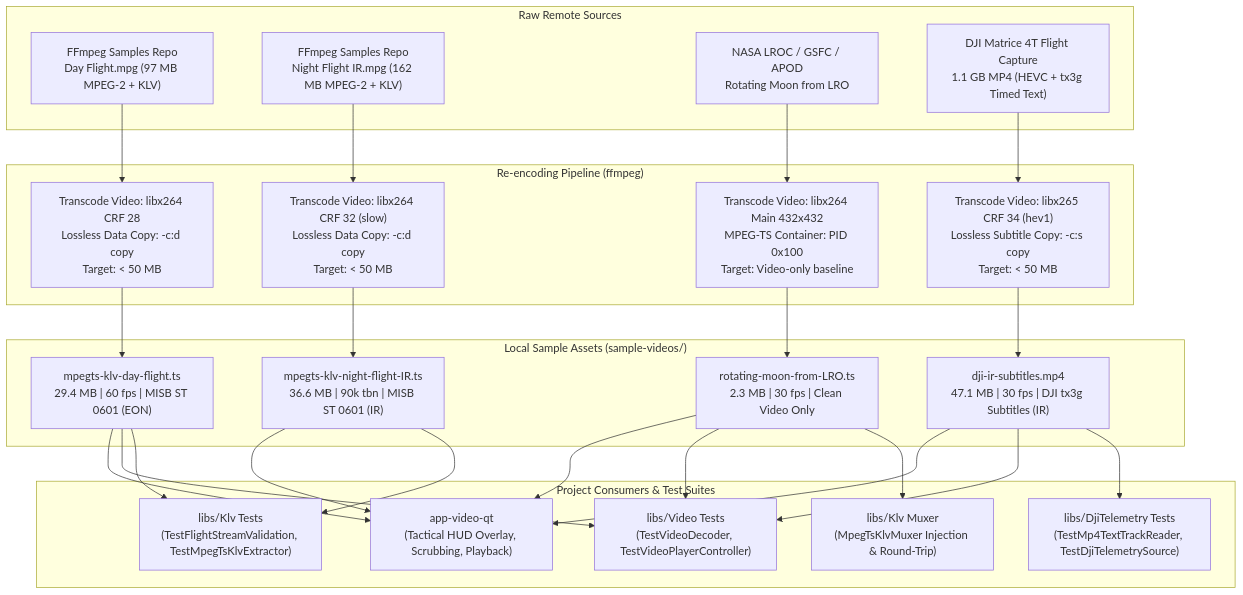
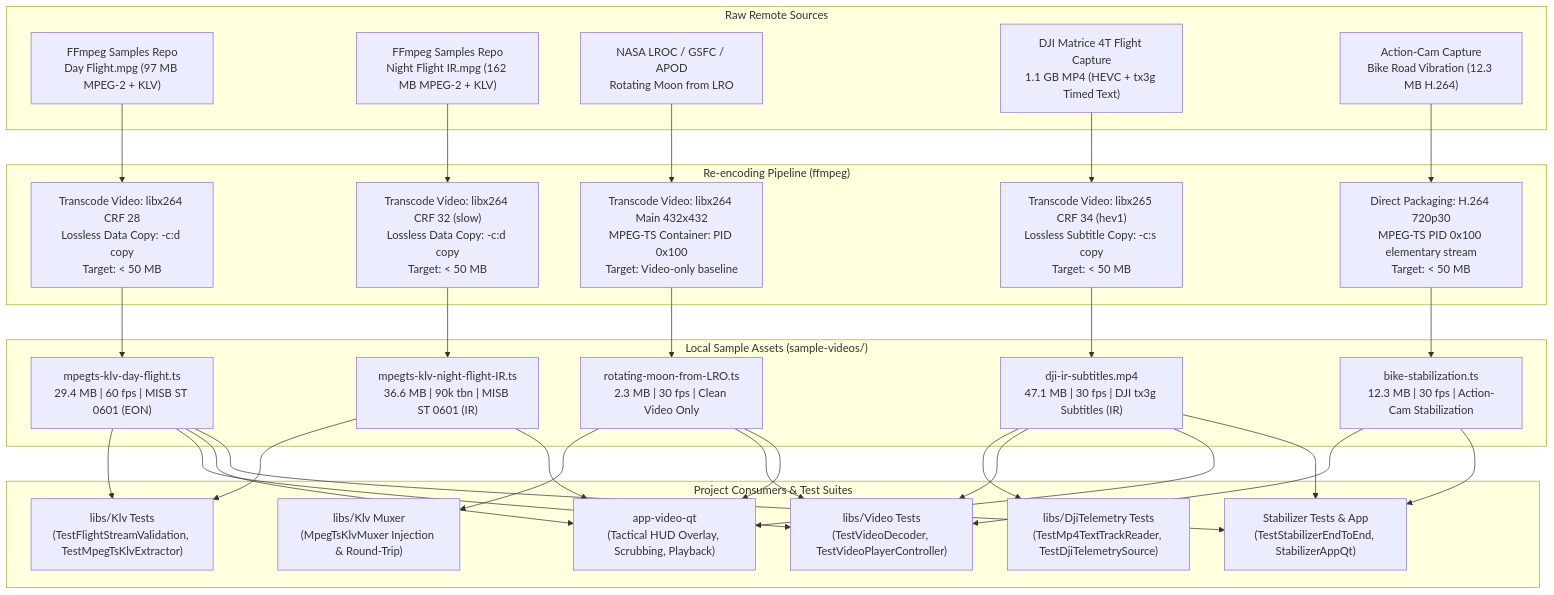
Before and after one commit to svagionitis/PelcoD-Controller: the diagram in sample-videos/README.md, drawn with Mermaid. The commit also changed other lines of this file and 7 other files, not shown here.

First line of the commit message:
test(stabilizer): add Phase 5 QA test suites

````diff
--- a/sample-videos/README.md
+++ b/sample-videos/README.md
@@ -69,51 +77,61 @@
 ```mermaid
 graph TD
     subgraph Sources["Raw Remote Sources"]
         SRC_DAY["FFmpeg Samples Repo<br/>Day Flight.mpg (97 MB MPEG-2 + KLV)"]
         SRC_NIGHT["FFmpeg Samples Repo<br/>Night Flight IR.mpg (162 MB MPEG-2 + KLV)"]
         SRC_MOON["NASA LROC / GSFC / APOD<br/>Rotating Moon from LRO"]
         SRC_DJI["DJI Matrice 4T Flight Capture<br/>1.1 GB MP4 (HEVC + tx3g Timed Text)"]
+        SRC_BIKE["Action-Cam Capture<br/>Bike Road Vibration (12.3 MB H.264)"]
     end
 
     subgraph Transcode["Re-encoding Pipeline (ffmpeg)"]
         ENC_DAY["Transcode Video: libx264 CRF 28<br/>Lossless Data Copy: -c:d copy<br/>Target: < 50 MB"]
         ENC_NIGHT["Transcode Video: libx264 CRF 32 (slow)<br/>Lossless Data Copy: -c:d copy<br/>Target: < 50 MB"]
         ENC_MOON["Transcode Video: libx264 Main 432x432<br/>MPEG-TS Container: PID 0x100<br/>Target: Video-only baseline"]
         ENC_DJI["Transcode Video: libx265 CRF 34 (hev1)<br/>Lossless Subtitle Copy: -c:s copy<br/>Target: < 50 MB"]
+        ENC_BIKE["Direct Packaging: H.264 720p30<br/>MPEG-TS PID 0x100 elementary stream<br/>Target: < 50 MB"]
     end
 
     subgraph Assets["Local Sample Assets (sample-videos/)"]
         TS_DAY["mpegts-klv-day-flight.ts<br/>29.4 MB | 60 fps | MISB ST 0601 (EON)"]
         TS_NIGHT["mpegts-klv-night-flight-IR.ts<br/>36.6 MB | 90k tbn | MISB ST 0601 (IR)"]
         TS_MOON["rotating-moon-from-LRO.ts<br/>2.3 MB | 30 fps | Clean Video Only"]
         MP4_DJI["dji-ir-subtitles.mp4<br/>47.1 MB | 30 fps | DJI tx3g Subtitles (IR)"]
+        TS_BIKE["bike-stabilization.ts<br/>12.3 MB | 30 fps | Action-Cam Stabilization"]
     end
 
     subgraph Consumers["Project Consumers & Test Suites"]
         TEST_KLV["libs/Klv Tests<br/>(TestFlightStreamValidation, TestMpegTsKlvExtractor)"]
         TEST_MUX["libs/Klv Muxer<br/>(MpegTsKlvMuxer Injection & Round-Trip)"]
         TEST_VID["libs/Video Tests<br/>(TestVideoDecoder, TestVideoPlayerController)"]
         TEST_DJI["libs/DjiTelemetry Tests<br/>(TestMp4TextTrackReader, TestDjiTelemetrySource)"]
         APP_QT["app-video-qt<br/>(Tactical HUD Overlay, Scrubbing, Playback)"]
+        TEST_STAB["Stabilizer Tests & App<br/>(TestStabilizerEndToEnd, StabilizerAppQt)"]
     end
 
     SRC_DAY --> ENC_DAY --> TS_DAY
     SRC_NIGHT --> ENC_NIGHT --> TS_NIGHT
     SRC_MOON --> ENC_MOON --> TS_MOON
     SRC_DJI --> ENC_DJI --> MP4_DJI
+    SRC_BIKE --> ENC_BIKE --> TS_BIKE
 
     TS_DAY --> TEST_KLV
     TS_DAY --> TEST_VID
     TS_DAY --> APP_QT
+    TS_DAY --> TEST_STAB
 
     TS_NIGHT --> TEST_KLV
     TS_NIGHT --> APP_QT
 
     TS_MOON --> TEST_MUX
     TS_MOON --> TEST_VID
     TS_MOON --> APP_QT
 
     MP4_DJI --> TEST_DJI
     MP4_DJI --> TEST_VID
     MP4_DJI --> APP_QT
+    MP4_DJI --> TEST_STAB
+
+    TS_BIKE --> TEST_VID
+    TS_BIKE --> TEST_STAB
 ```
````
